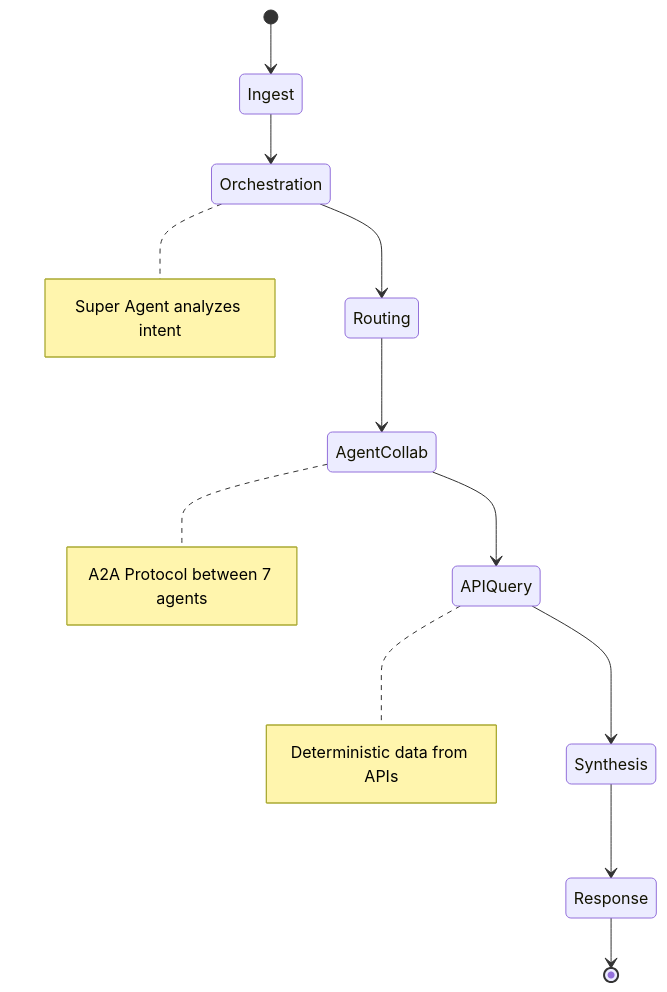
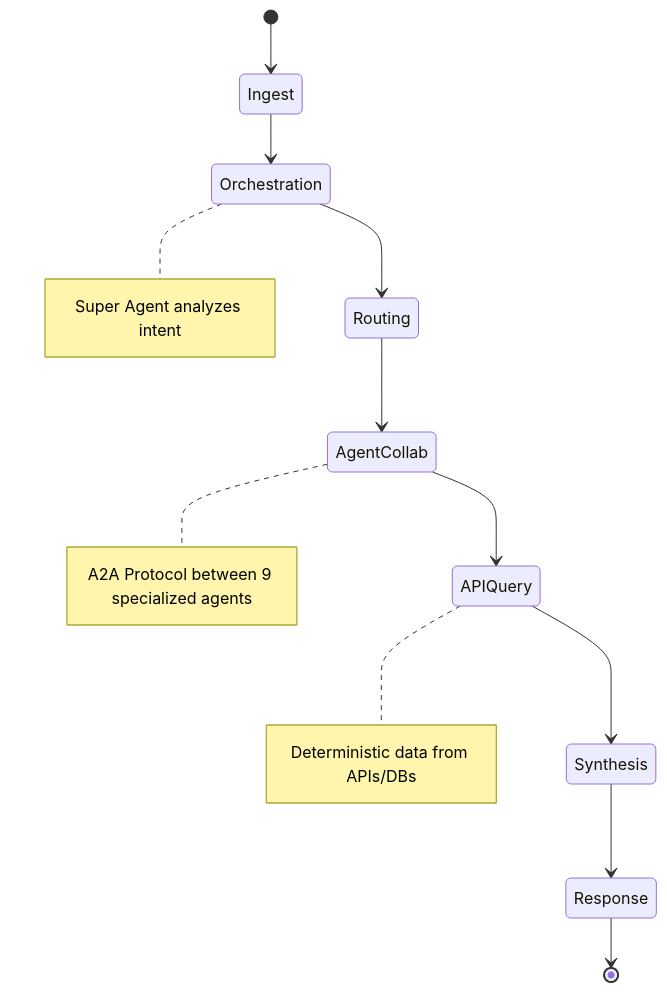
Before and after one commit to sudhamanc/ConversationalSalesAgent: the fourth of 8 diagrams in README.md, drawn with Mermaid. The commit also changed other lines of this file and 7 other files, not shown here.

````diff
--- a/README.md
+++ b/README.md
@@ -330,15 +438,15 @@
 ```mermaid
 stateDiagram-v2
     [*] --> Ingest
     Ingest --> Orchestration
     Orchestration --> Routing
     Routing --> AgentCollab
     AgentCollab --> APIQuery
     APIQuery --> Synthesis
     Synthesis --> Response
     Response --> [*]
-    
+
     note right of Orchestration: Super Agent analyzes intent
-    note right of AgentCollab: A2A Protocol between 7 agents
-    note right of APIQuery: Deterministic data from APIs
+    note right of AgentCollab: A2A Protocol between 9 specialized agents
+    note right of APIQuery: Deterministic data from APIs/DBs
 ```
````
